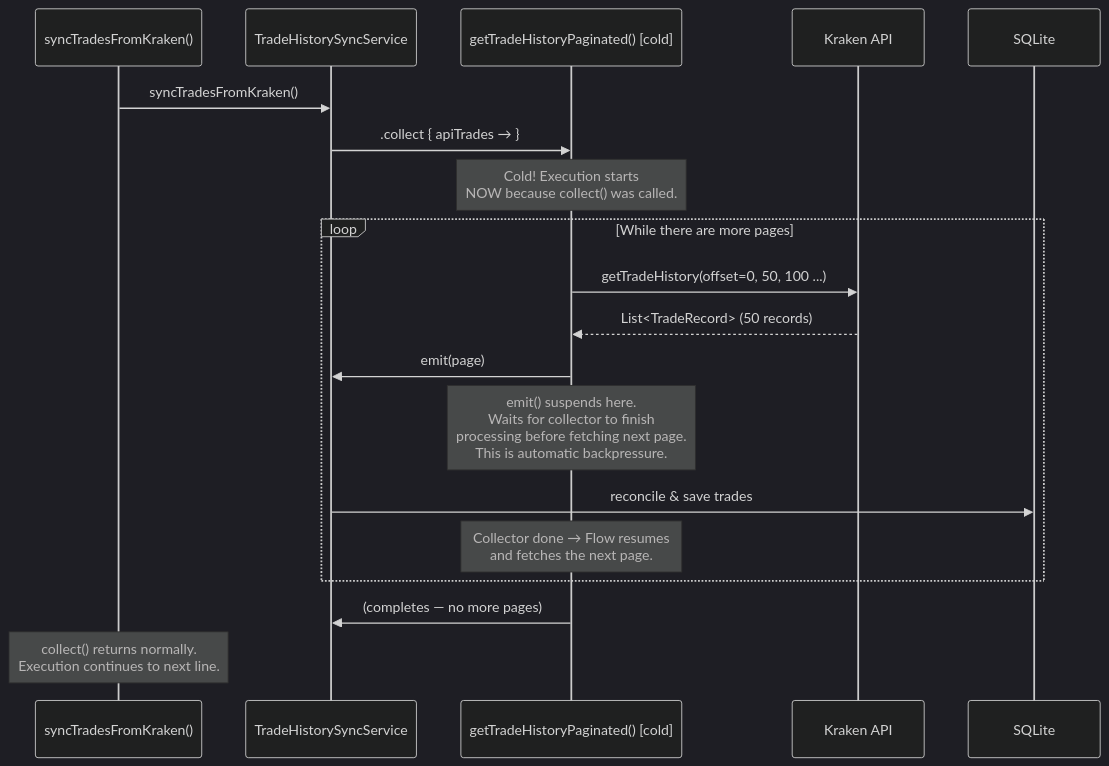
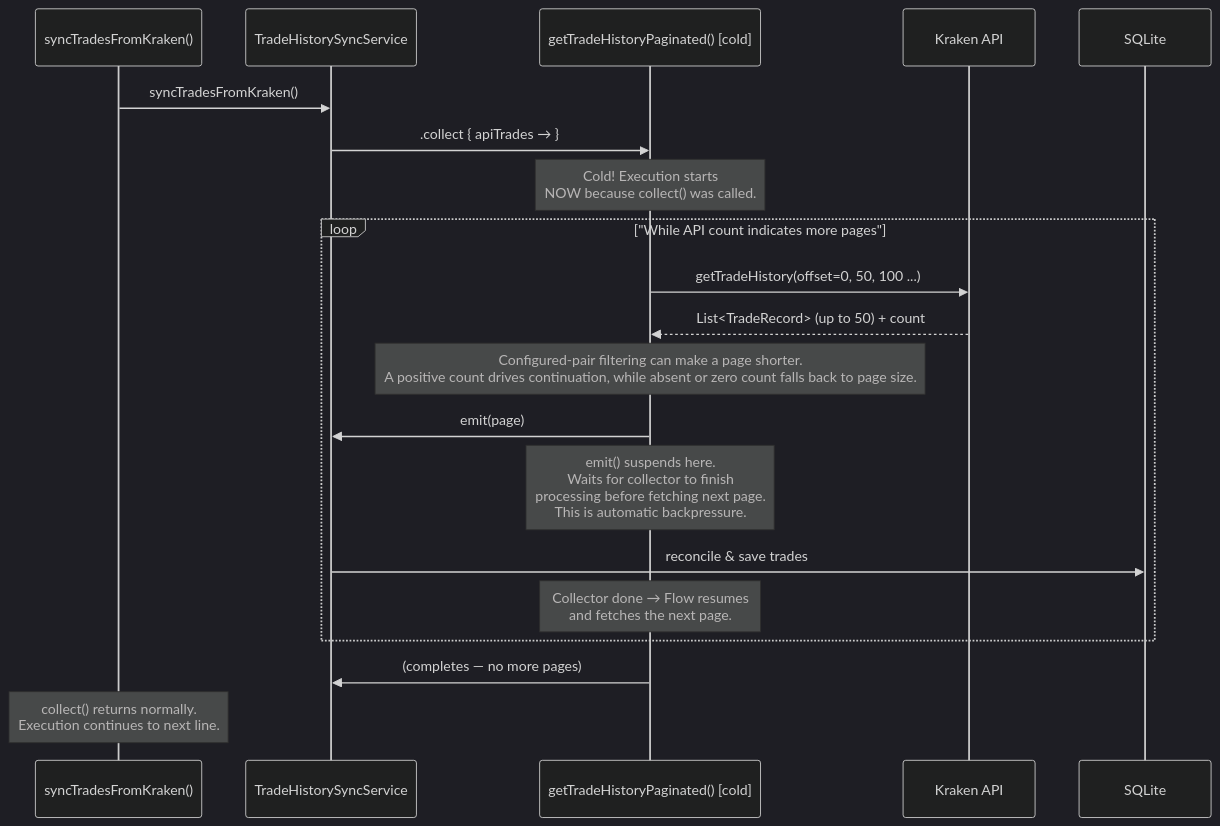
The fourth of 6 diagrams in docs/FLOWS.md (HyperVon/new-kraken-rebalancer), drawn with Mermaid (dark theme) before and after one commit. The commit also changed other lines of this file and 30 other files, not shown here.

````diff
--- a/docs/FLOWS.md
+++ b/docs/FLOWS.md
@@ -191,24 +191,25 @@
 ```mermaid
 sequenceDiagram
     participant Caller as syncTradesFromKraken()
     participant Sync as TradeHistorySyncService
     participant Flow as getTradeHistoryPaginated() [cold]
     participant API as Kraken API
     participant DB as SQLite
 
     Caller->>Sync: syncTradesFromKraken()
     Sync->>Flow: .collect { apiTrades → }
     note over Flow: Cold! Execution starts<br/>NOW because collect() was called.
 
-    loop While there are more pages
+    loop "While API count indicates more pages"
         Flow->>API: getTradeHistory(offset=0, 50, 100 ...)
-        API-->>Flow: List<TradeRecord> (50 records)
+        API-->>Flow: List<TradeRecord> (up to 50) + count
+        note over Flow: Configured-pair filtering can make a page shorter.<br/>A positive count drives continuation, while absent or zero count falls back to page size.
         Flow->>Sync: emit(page)
         note over Flow: emit() suspends here.<br/>Waits for collector to finish<br/>processing before fetching next page.<br/>This is automatic backpressure.
         Sync->>DB: reconcile & save trades
         note over Flow: Collector done → Flow resumes<br/>and fetches the next page.
     end
 
     Flow->>Sync: (completes — no more pages)
     note over Caller: collect() returns normally.<br/>Execution continues to next line.
 ```
````
